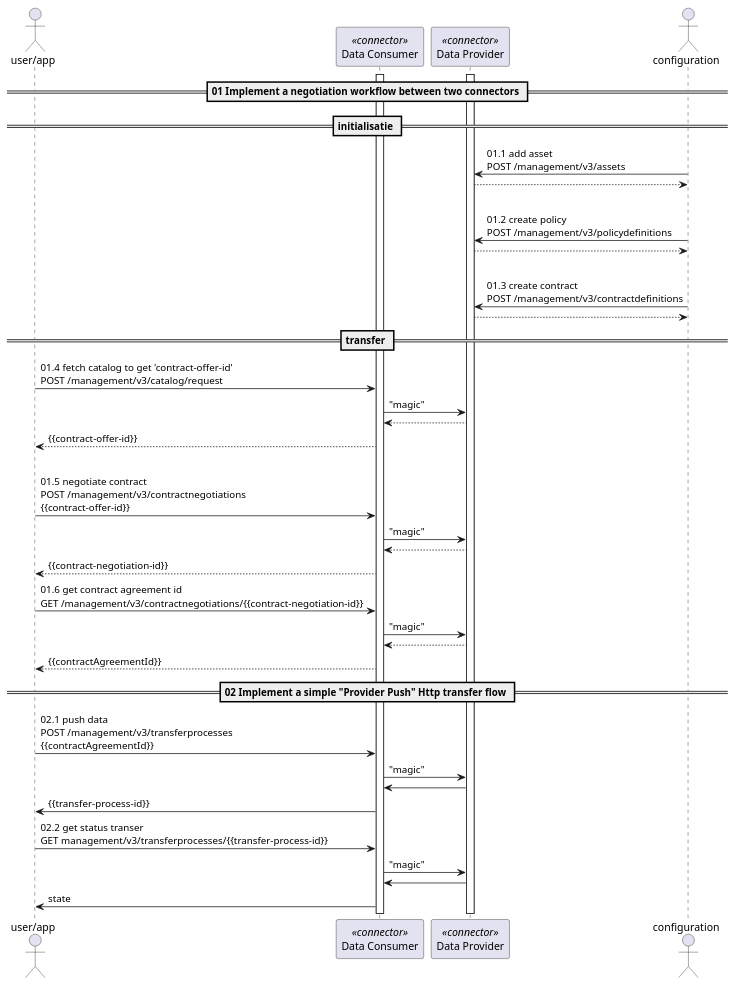
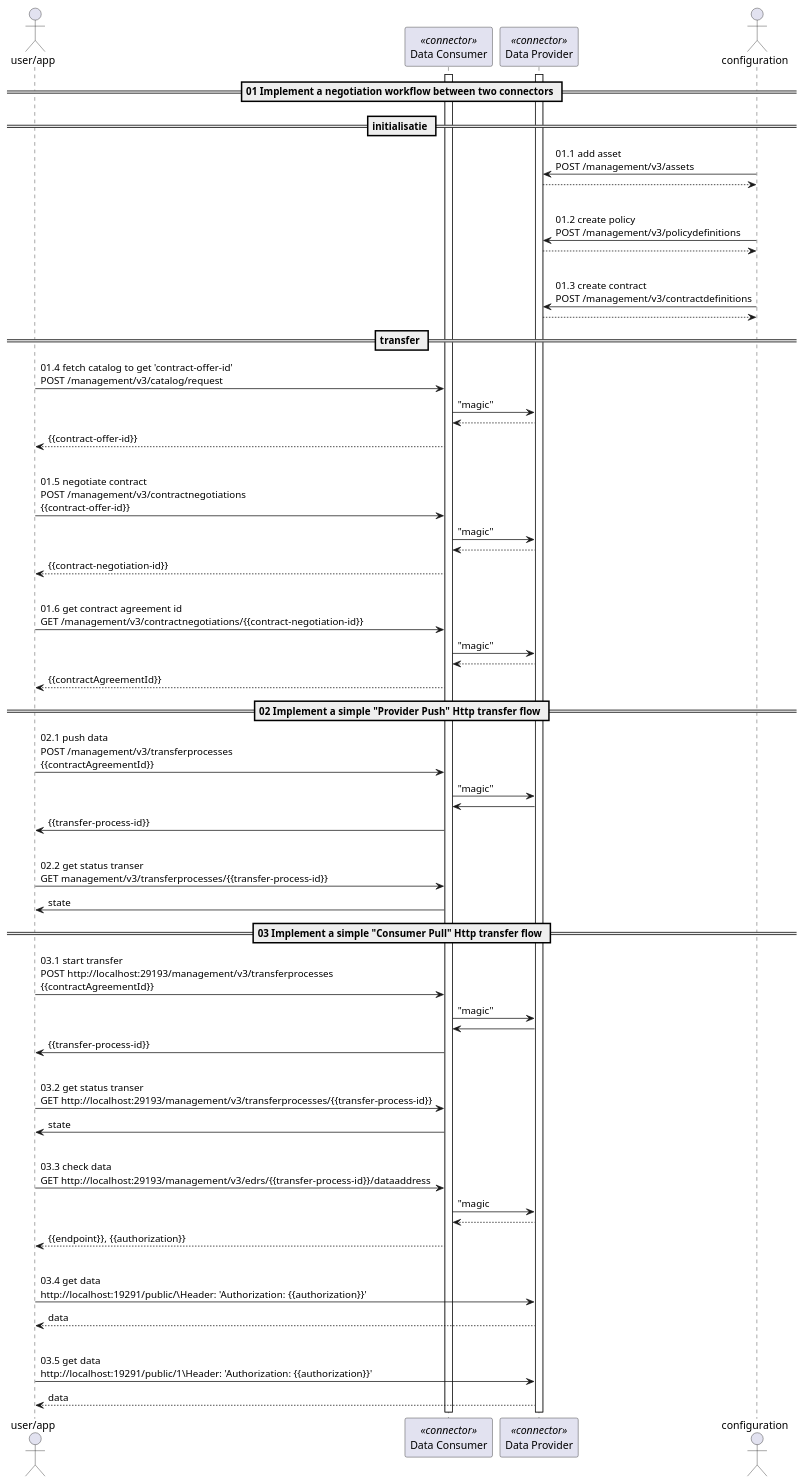
The diagram in jorg-aantekeningen/01-samples-transfer-sequence.plantuml (jvisch/edc-samples), drawn with PlantUML before and after one commit. The commit also changed 1 other file, not shown here.

Commit message:
pull request documentatie

```diff
--- a/jorg-aantekeningen/01-samples-transfer-sequence.plantuml
+++ b/jorg-aantekeningen/01-samples-transfer-sequence.plantuml
@@ -1,56 +1,74 @@
 @startuml transfer sample
 
 actor "user/app" as user
 
 participant "Data Consumer" as dataconsumer << connector >>
 participant "Data Provider" as dataprovider << connector >>
 
 actor configuration as config
 
 ' Transfer sample 01
 ' "Implement a negotiation workflow between two connectors"
 ' toevoegen van een asset aan de data provider
 == 01 Implement a negotiation workflow between two connectors ==
 == initialisatie ==
 activate dataprovider
 activate dataconsumer
 
 config -> dataprovider : 01.1 add asset\nPOST /management/v3/assets
 dataprovider --> config
 |||
 config -> dataprovider : 01.2 create policy\nPOST /management/v3/policydefinitions
 dataprovider --> config
 |||
 config -> dataprovider : 01.3 create contract\nPOST /management/v3/contractdefinitions
 dataprovider --> config
 
 == transfer ==
 
 user -> dataconsumer : 01.4 fetch catalog to get 'contract-offer-id'\nPOST /management/v3/catalog/request
 dataconsumer -> dataprovider : "magic"
 dataprovider --> dataconsumer
 dataconsumer --> user : {{contract-offer-id}}
 |||
 user -> dataconsumer : 01.5 negotiate contract\nPOST /management/v3/contractnegotiations\n{{contract-offer-id}}
 dataconsumer -> dataprovider : "magic"
 dataprovider --> dataconsumer
 dataconsumer --> user : {{contract-negotiation-id}}
-
+|||
 user -> dataconsumer : 01.6 get contract agreement id\nGET /management/v3/contractnegotiations/{{contract-negotiation-id}}
 dataconsumer -> dataprovider : "magic"
 dataprovider --> dataconsumer
 dataconsumer --> user : {{contractAgreementId}}
 
 == 02 Implement a simple "Provider Push" Http transfer flow ==
 
 user -> dataconsumer : 02.1 push data\nPOST /management/v3/transferprocesses\n{{contractAgreementId}}
 dataconsumer -> dataprovider : "magic"
 dataprovider -> dataconsumer
 dataconsumer -> user : {{transfer-process-id}}
+|||
+user -> dataconsumer : 02.2 get status transer\nGET management/v3/transferprocesses/{{transfer-process-id}}
+dataconsumer -> user : state
 
-user -> dataconsumer : 02.2 get status transer\nGET management/v3/transferprocesses/{{transfer-process-id}}
+== 03 Implement a simple "Consumer Pull" Http transfer flow ==
+user -> dataconsumer : 03.1 start transfer\nPOST http://localhost:29193/management/v3/transferprocesses\n{{contractAgreementId}}
 dataconsumer -> dataprovider : "magic"
 dataprovider -> dataconsumer
+dataconsumer -> user : {{transfer-process-id}}
+|||
+user -> dataconsumer : 03.2 get status transer\nGET http://localhost:29193/management/v3/transferprocesses/{{transfer-process-id}}
 dataconsumer -> user : state
+|||
+user -> dataconsumer : 03.3 check data\nGET http://localhost:29193/management/v3/edrs/{{transfer-process-id}}/dataaddress
+dataconsumer -> dataprovider : "magic
+dataprovider --> dataconsumer
+dataconsumer --> user : {{endpoint}}, {{authorization}}
+|||
+user -> dataprovider : 03.4 get data\nhttp://localhost:19291/public/\Header: 'Authorization: {{authorization}}'
+dataprovider --> user : data
+|||
+user -> dataprovider : 03.5 get data\nhttp://localhost:19291/public/1\Header: 'Authorization: {{authorization}}'
+dataprovider --> user : data
 
 @enduml
```
